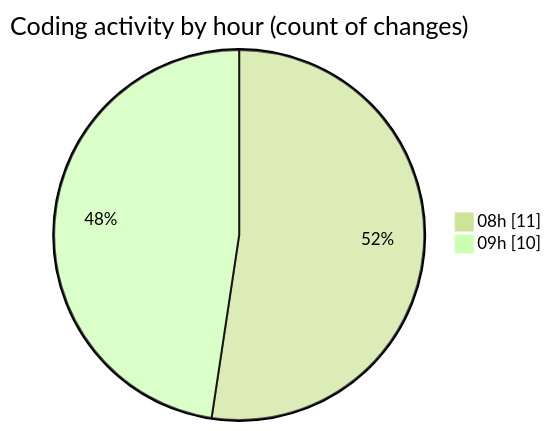
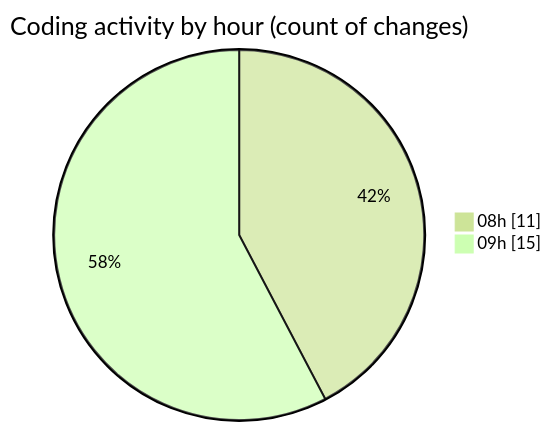
The second of 2 diagrams in 2026-09-11/cda/README.md (momahboobian/code-tracking), drawn with Mermaid (forest theme) before and after one commit. The commit also changed other lines of this file and 1 other file, not shown here.

````diff
--- a/2026-09-11/cda/README.md
+++ b/2026-09-11/cda/README.md
@@ -39,6 +44,6 @@
 ```mermaid
 pie showData
 title Coding activity by hour (count of changes)
 "08h" : 11
-"09h" : 10
+"09h" : 15
 ```
````
